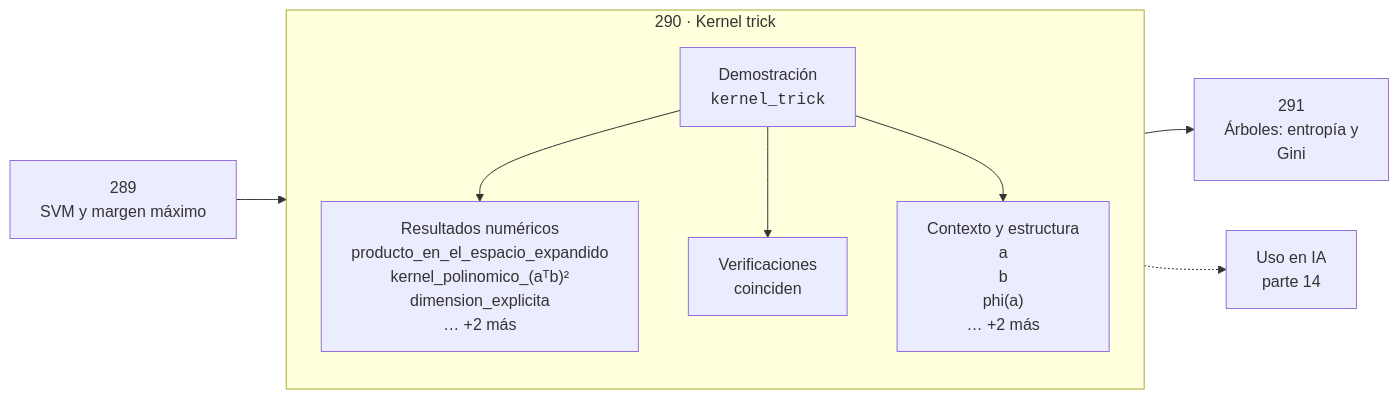
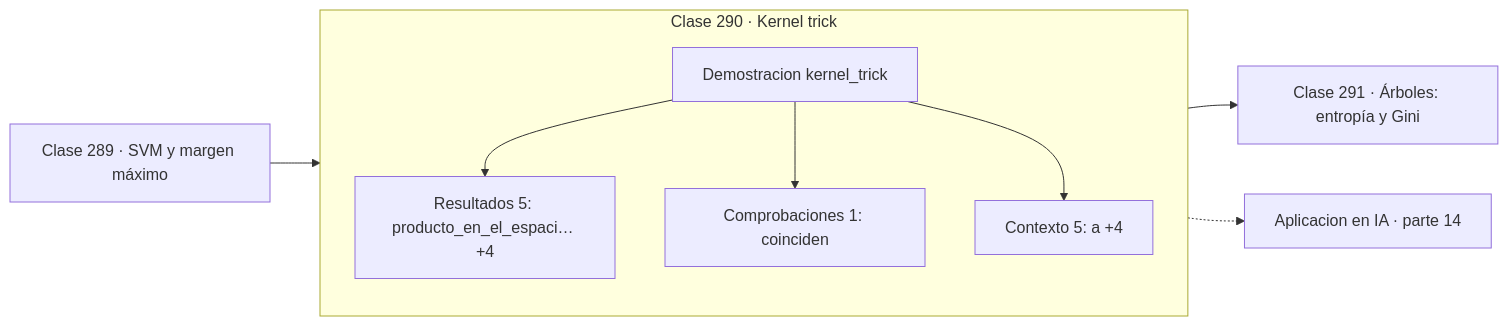
Before and after one commit to vladimiracunadev-create/computational-mathematics-program: the diagram in classes/part-14-matematica-de-machine-learning/290-kernel-trick/README.md, drawn with Mermaid. The commit also changed 389 other files, not shown here.

First line of the commit message:
fix(diagramas): elimina el HTML de las etiquetas Mermaid

````diff
--- a/classes/part-14-matematica-de-machine-learning/290-kernel-trick/README.md
+++ b/classes/part-14-matematica-de-machine-learning/290-kernel-trick/README.md
@@ -30,12 +30,13 @@
 ```mermaid
 flowchart LR
-    P["289<br/>SVM y margen máximo"] --> C
-    subgraph C["290 · Kernel trick"]
+    P["Clase 289 · SVM y margen máximo"] --> D
+    subgraph CLASE["Clase 290 · Kernel trick"]
         direction TB
-        D["Demostración<br/><code>kernel_trick</code>"] --> R["Resultados numéricos<br/>producto_en_el_espacio_expandido<br/>kernel_polinomico_(aᵀb)²<br/>dimension_explicita<br/>… +2 más"]
-        D --> V["Verificaciones<br/>coinciden"]
-        D --> O["Contexto y estructura<br/>a<br/>b<br/>phi(a)<br/>… +2 más"]
+        D["Demostracion kernel_trick"]
+        D --> R["Resultados 5: producto_en_el_espaci… +4"]
+        D --> V["Comprobaciones 1: coinciden"]
+        D --> O["Contexto 5: a +4"]
     end
-    C --> N["291<br/>Árboles: entropía y<br/>Gini"]
-    C -.-> IA["Uso en IA<br/>parte 14"]
+    R --> N["Clase 291 · Árboles: entropía y Gini"]
+    V -.-> IA["Aplicacion en IA · parte 14"]
 ```
````
